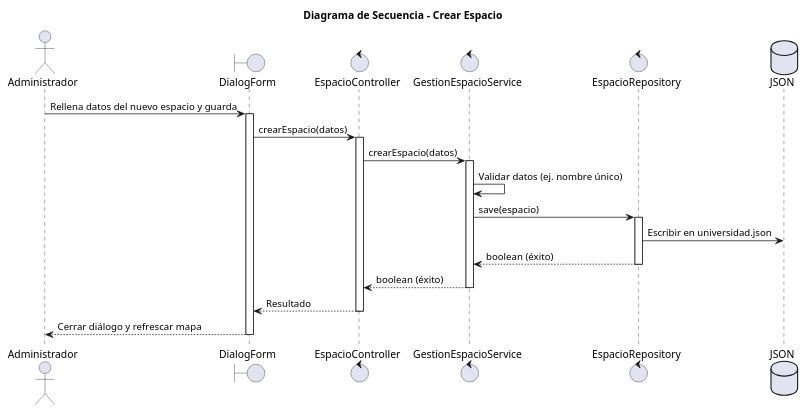
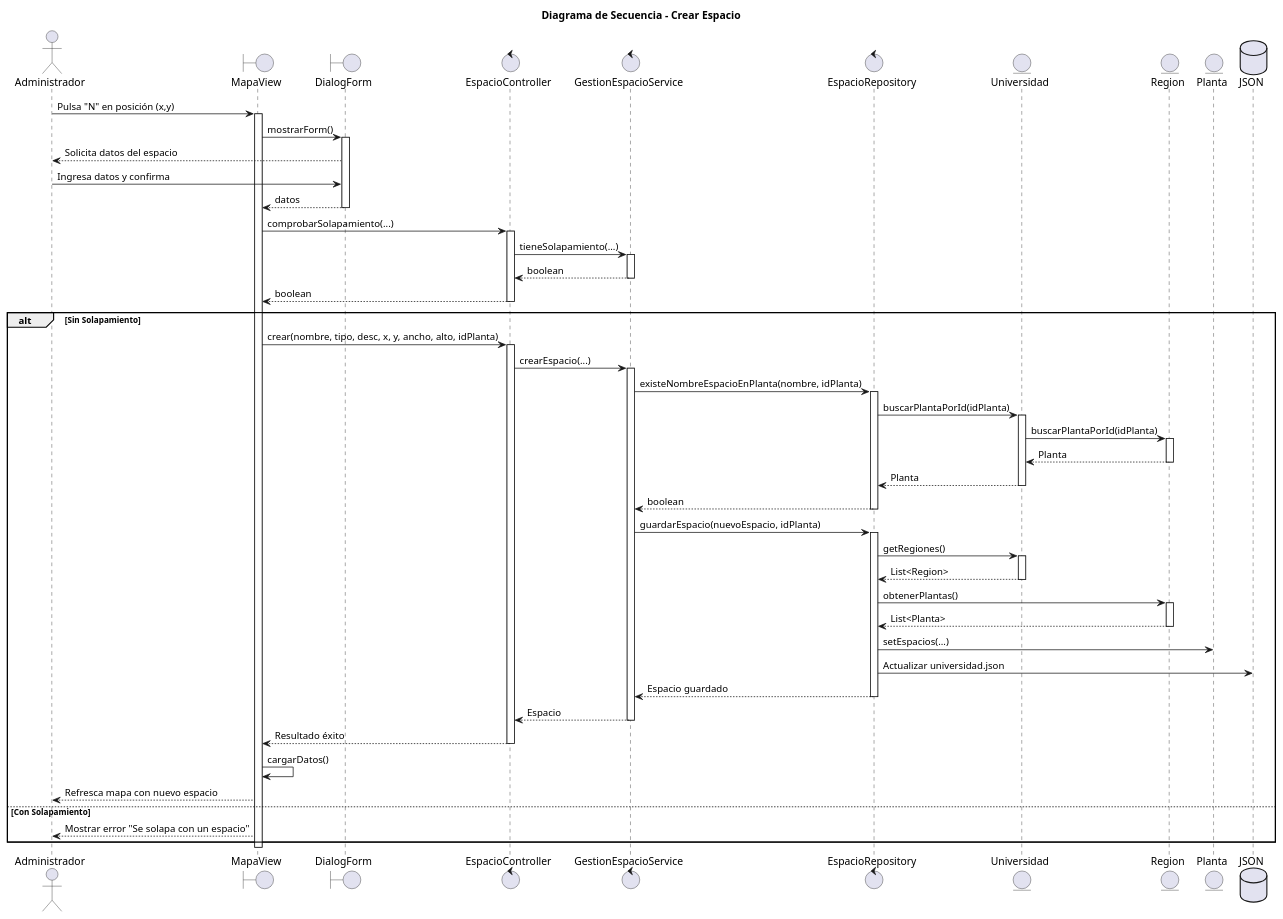
One commit to mmasias/25-26-idsw2-sdVC changed the diagram in modelosUML/02-diseño/00-Administrador/crearEspacio/secuencia.puml. Above: the diagram before and after it, drawn with PlantUML. The commit also changed 36 other files, not shown here.

Commit message:
refactor(uml):update design diagrams and specs with new functions

```diff
--- a/modelosUML/02-diseño/00-Administrador/crearEspacio/secuencia.puml
+++ b/modelosUML/02-diseño/00-Administrador/crearEspacio/secuencia.puml
@@ -1,30 +1,80 @@
 @startuml
 title "Diagrama de Secuencia - Crear Espacio"
 
 actor "Administrador" as admin
-boundary "DialogForm" as view
+boundary "MapaView" as view
+boundary "DialogForm" as form
 control "EspacioController" as controller
 control "GestionEspacioService" as service
 control "EspacioRepository" as repository
+entity "Universidad" as uni
+entity "Region" as reg
+entity "Planta" as floor
 database "JSON" as db
 
-admin -> view: Rellena datos del nuevo espacio y guarda
+admin -> view: Pulsa "N" en posición (x,y)
 activate view
-view -> controller: crearEspacio(datos)
+view -> form: mostrarForm()
+activate form
+form --> admin: Solicita datos del espacio
+admin -> form: Ingresa datos y confirma
+form --> view: datos
+deactivate form
+
+view -> controller: comprobarSolapamiento(...)
 activate controller
-controller -> service: crearEspacio(datos)
+controller -> service: tieneSolapamiento(...)
 activate service
-service -> service: Validar datos (ej. nombre único)
-service -> repository: save(espacio)
-activate repository
-repository -> db: Escribir en universidad.json
-repository --> service: boolean (éxito)
-deactivate repository
-service --> controller: boolean (éxito)
+service --> controller: boolean
 deactivate service
-controller --> view: Resultado
+controller --> view: boolean
 deactivate controller
-view --> admin: Cerrar diálogo y refrescar mapa
+
+alt Sin Solapamiento
+    view -> controller: crear(nombre, tipo, desc, x, y, ancho, alto, idPlanta)
+    activate controller
+    controller -> service: crearEspacio(...)
+    activate service
+    
+    service -> repository: existeNombreEspacioEnPlanta(nombre, idPlanta)
+    activate repository
+    repository -> uni: buscarPlantaPorId(idPlanta)
+    activate uni
+    uni -> reg: buscarPlantaPorId(idPlanta)
+    activate reg
+    reg --> uni: Planta
+    deactivate reg
+    uni --> repository: Planta
+    deactivate uni
+    repository --> service: boolean
+    deactivate repository
+    
+    service -> repository: guardarEspacio(nuevoEspacio, idPlanta)
+    activate repository
+    repository -> uni: getRegiones()
+    activate uni
+    uni --> repository: List<Region>
+    deactivate uni
+    repository -> reg: obtenerPlantas()
+    activate reg
+    reg --> repository: List<Planta>
+    deactivate reg
+    repository -> floor: setEspacios(...)
+    repository -> db: Actualizar universidad.json
+    repository --> service: Espacio guardado
+    deactivate repository
+    
+    service --> controller: Espacio
+    deactivate service
+    controller --> view: Resultado éxito
+    deactivate controller
+    
+    view -> view: cargarDatos()
+    view --> admin: Refresca mapa con nuevo espacio
+else Con Solapamiento
+    view --> admin: Mostrar error "Se solapa con un espacio"
+end
+
 deactivate view
 
 @enduml
```
